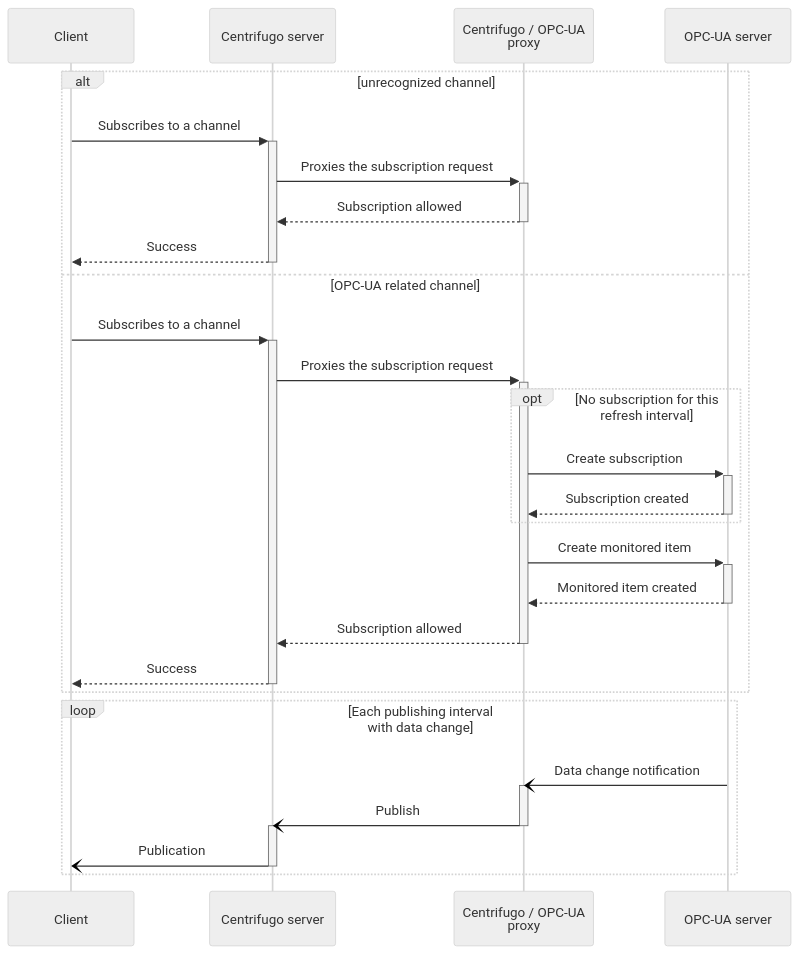
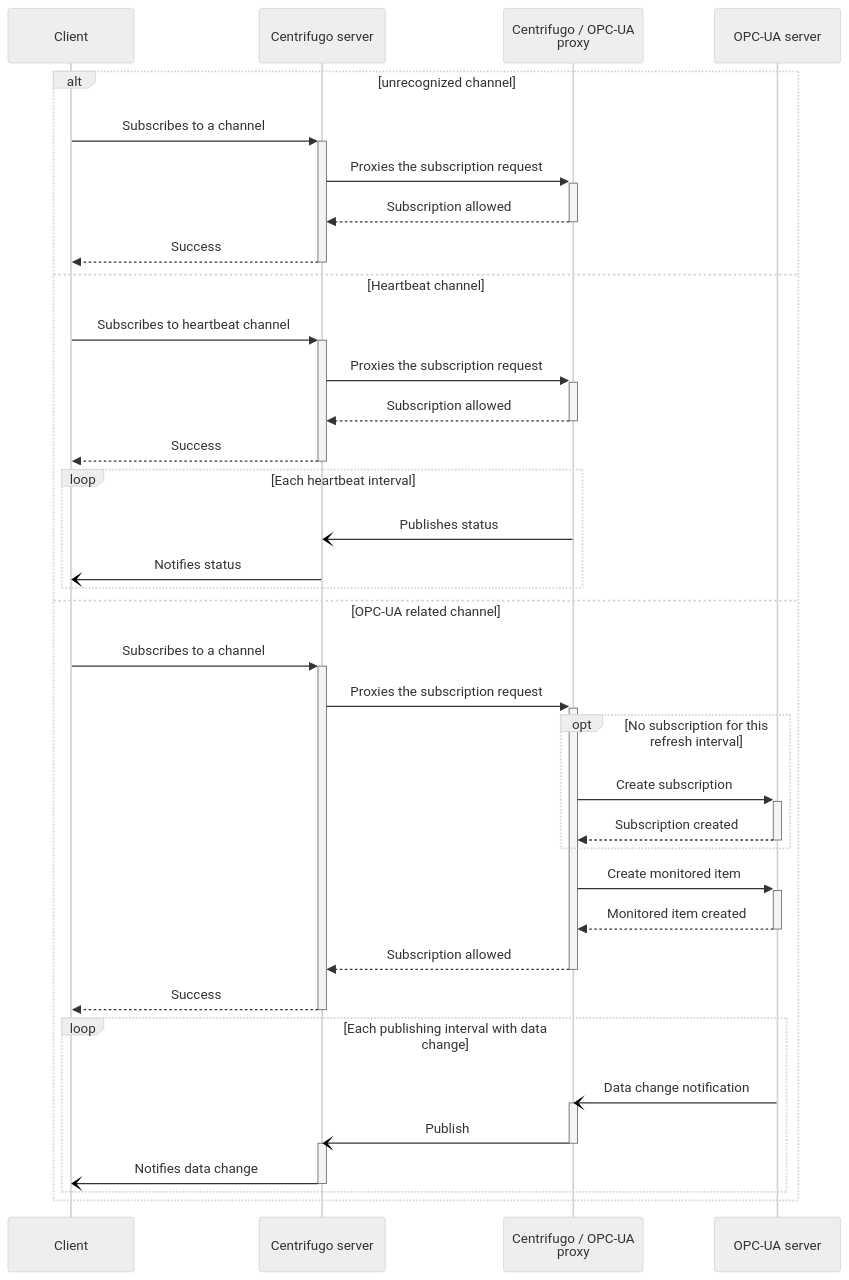
The first of 2 diagrams in README.md (cailloumajor/opcua-proxy), drawn with Mermaid (neutral theme) before and after one commit.

Commit message:
feat(docs): add heartbeat in the flow chart

````diff
--- a/README.md
+++ b/README.md
@@ -52,33 +52,42 @@
 ```mermaid
 sequenceDiagram
     participant Client
     participant Centrifugo as Centrifugo server
     participant Proxy as Centrifugo / OPC-UA<br>proxy
     participant OPCServer as OPC-UA server
     alt unrecognized channel
         Client->>+Centrifugo: Subscribes to a channel
         Centrifugo->>+Proxy: Proxies the subscription request
         Proxy-->>-Centrifugo: Subscription allowed
         Centrifugo-->>-Client: Success
+    else Heartbeat channel
+        Client->>+Centrifugo: Subscribes to heartbeat channel
+        Centrifugo->>+Proxy: Proxies the subscription request
+        Proxy-->>-Centrifugo: Subscription allowed
+        Centrifugo-->>-Client: Success
+        loop Each heartbeat interval
+            Proxy-)Centrifugo: Publishes status
+            Centrifugo-)Client: Notifies status
+        end
     else OPC-UA related channel
         Client->>+Centrifugo: Subscribes to a channel
         Centrifugo->>+Proxy: Proxies the subscription request
         opt No subscription for this refresh interval
             Proxy->>+OPCServer: Create subscription
             OPCServer-->>-Proxy: Subscription created
         end
         Proxy->>+OPCServer: Create monitored item
         OPCServer-->>-Proxy: Monitored item created
         Proxy-->>-Centrifugo: Subscription allowed
         Centrifugo-->>-Client: Success
-    end
-    loop Each publishing interval with data change
-        OPCServer-)Proxy: Data change notification
-        activate Proxy
-        Proxy-)Centrifugo: Publish
-        deactivate Proxy
-        activate Centrifugo
-        Centrifugo-)Client: Publication
-        deactivate Centrifugo
+        loop Each publishing interval with data change
+            OPCServer-)Proxy: Data change notification
+            activate Proxy
+            Proxy-)Centrifugo: Publish
+            deactivate Proxy
+            activate Centrifugo
+            Centrifugo-)Client: Notifies data change
+            deactivate Centrifugo
+        end
     end
 ```
````
